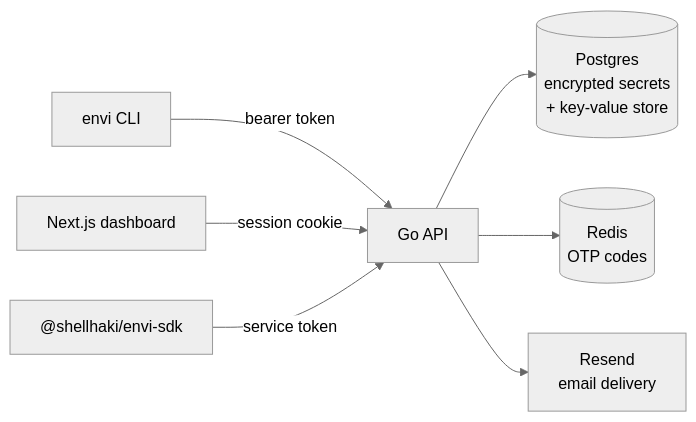
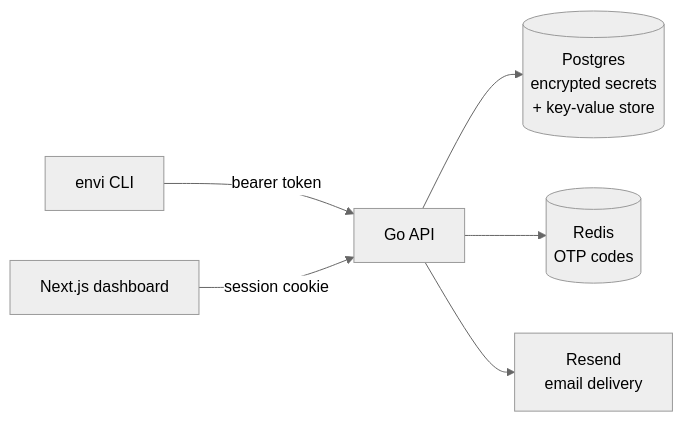
One commit to shellhaki/envi changed the diagram in README.md. Above: the diagram before and after it, drawn with Mermaid (neutral theme). The commit also changed other lines of this file and 49 other files, not shown here.

````diff
--- a/README.md
+++ b/README.md
@@ -84,9 +85,8 @@
 ```mermaid
 flowchart LR
     CLI["envi CLI"] -->|bearer token| API["Go API"]
     Web["Next.js dashboard"] -->|session cookie| API
-    SDK["@shellhaki/envi-sdk"] -->|service token| API
     API --> PG[("Postgres\nencrypted secrets\n+ key-value store")]
     API --> Redis[("Redis\nOTP codes")]
     API --> Mail["Resend\nemail delivery"]
 ```
````
